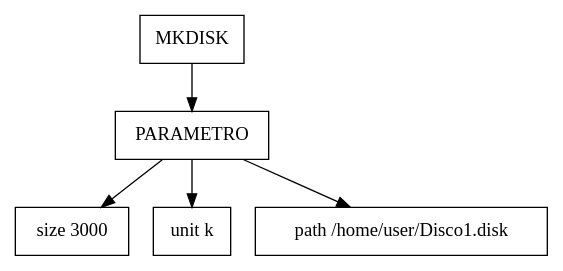
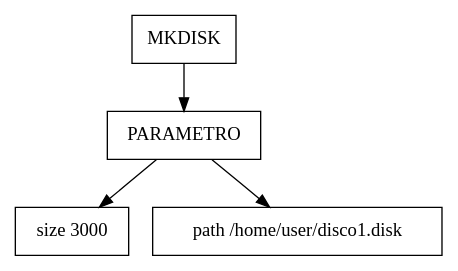
Before and after one commit to raulxiloj/FileSystem_1: the diagram in build-FileSystem_1-Desktop_Qt_5_12_1_GCC_64bit-Debug/temp.dot, drawn with Graphviz. The commit also changed 4 other files, not shown here.

```diff
--- a/build-FileSystem_1-Desktop_Qt_5_12_1_GCC_64bit-Debug/temp.dot
+++ b/build-FileSystem_1-Desktop_Qt_5_12_1_GCC_64bit-Debug/temp.dot
@@ -1,12 +1,10 @@
 digraph G{
 node [shape="box"]
 NodoAST0[label="MKDISK"];
 NodoAST1[label= "PARAMETRO "];
 NodoAST0->NodoAST1;
 NodoAST2[label= "size 3000"];
 NodoAST1->NodoAST2;
-NodoAST3[label= "unit k"];
+NodoAST3[label= "path /home/user/disco1.disk"];
 NodoAST1->NodoAST3;
-NodoAST4[label= "path /home/user/Disco1.disk"];
-NodoAST1->NodoAST4;
 }
```
